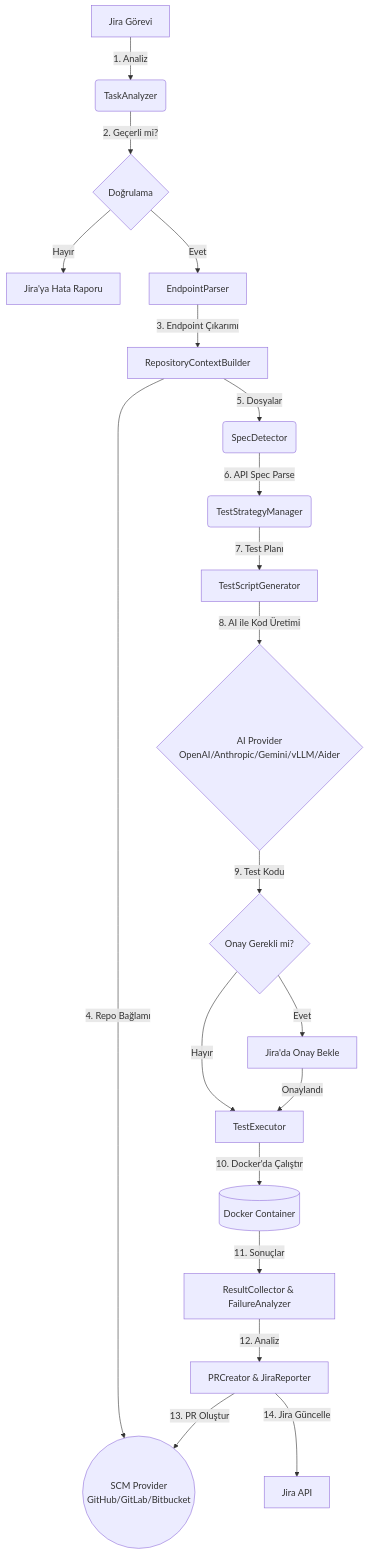
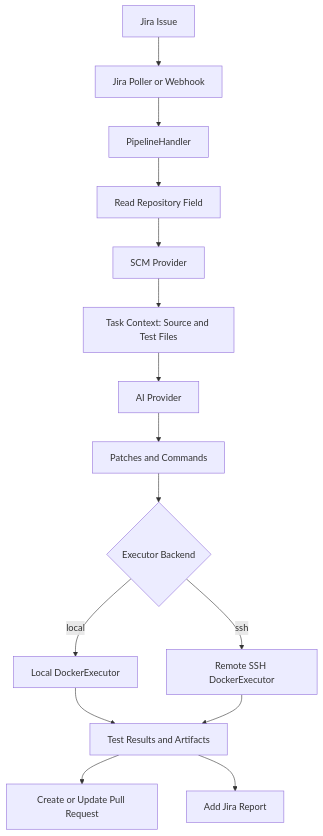
Before and after one commit to ahmetguness/mcp-jira-automation: the diagram in README.md, drawn with Mermaid. The commit also changed other lines of this file and 14 other files, not shown here.

First line of the commit message:
feat(executor): add SSH Docker backend and enhance executor configuration

````diff
--- a/README.md
+++ b/README.md
@@ -11,22 +9,17 @@
 ```mermaid
 graph TD
-    A[Jira Görevi] -->|1. Analiz| B(TaskAnalyzer)
-    B -->|2. Geçerli mi?| C{Doğrulama}
-    C -->|Hayır| D[Jira'ya Hata Raporu]
-    C -->|Evet| E[EndpointParser]
-    E -->|3. Endpoint Çıkarımı| F[RepositoryContextBuilder]
-    F -->|4. Repo Bağlamı| G((SCM Provider<br/>GitHub/GitLab/Bitbucket))
-    F -->|5. Dosyalar| H(SpecDetector)
-    H -->|6. API Spec Parse| I(TestStrategyManager)
-    I -->|7. Test Planı| J[TestScriptGenerator]
-    J -->|8. AI ile Kod Üretimi| K{AI Provider<br/>OpenAI/Anthropic/Gemini/vLLM/Aider}
-    K -->|9. Test Kodu| L{Onay Gerekli mi?}
-    L -->|Evet| M[Jira'da Onay Bekle]
-    L -->|Hayır| N[TestExecutor]
-    M -->|Onaylandı| N
-    N -->|10. Docker'da Çalıştır| O[(Docker Container)]
-    O -->|11. Sonuçlar| P[ResultCollector & FailureAnalyzer]
-    P -->|12. Analiz| Q[PRCreator & JiraReporter]
-    Q -->|13. PR Oluştur| G
-    Q -->|14. Jira Güncelle| R[Jira API]
+    A[Jira Issue] --> B[Jira Poller or Webhook]
+    B --> C[PipelineHandler]
+    C --> D[Read Repository Field]
+    D --> E[SCM Provider]
+    E --> F[Task Context: Source and Test Files]
+    F --> G[AI Provider]
+    G --> H[Patches and Commands]
+    H --> I{Executor Backend}
+    I -->|local| J[Local DockerExecutor]
+    I -->|ssh| K[Remote SSH DockerExecutor]
+    J --> L[Test Results and Artifacts]
+    K --> L
+    L --> M[Create or Update Pull Request]
+    L --> N[Add Jira Report]
 ```
````
